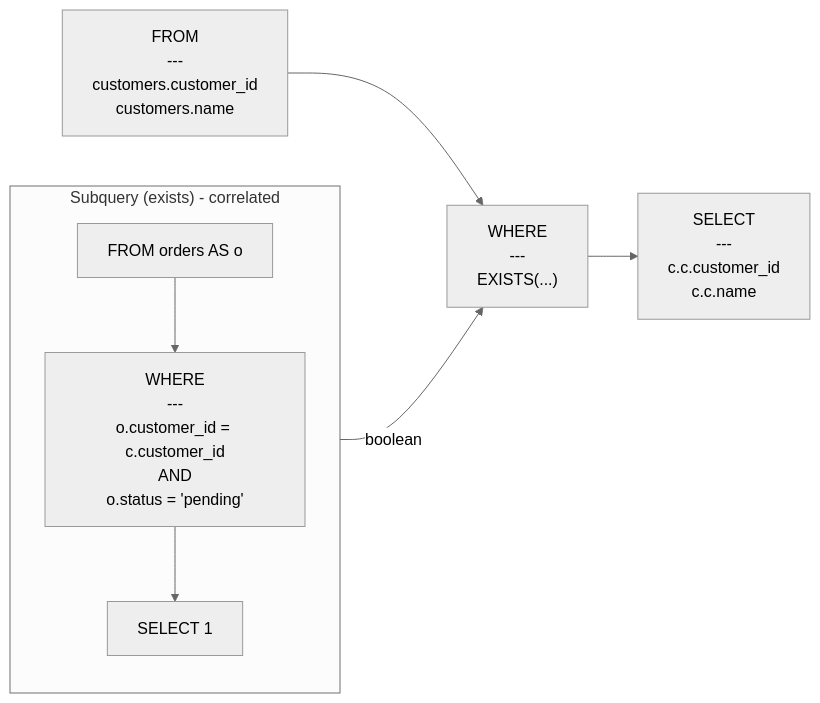
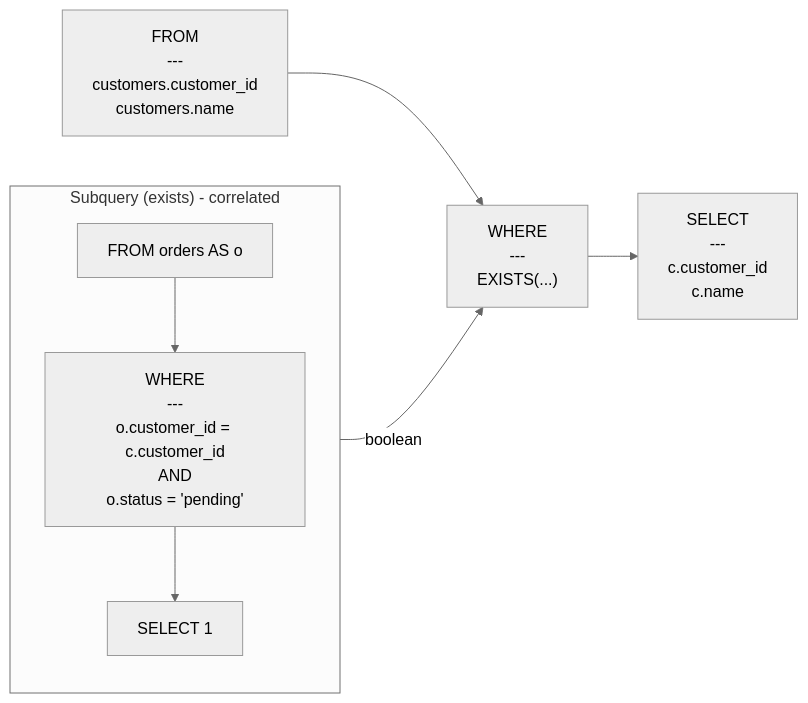
Before and after one commit to rot1024/sqloflow: the diagram in examples/subquery_exists.mmd, drawn with Mermaid (neutral theme). The commit also changed 13 other files, not shown here.

```diff
--- a/examples/subquery_exists.mmd
+++ b/examples/subquery_exists.mmd
@@ -1,15 +1,15 @@
 flowchart LR
     node_0["FROM<br/>---<br/>customers.customer_id<br/>customers.name"]
     node_1["WHERE<br/>---<br/>EXISTS(...)"]
     subgraph subquery_node_2 ["Subquery (exists) - correlated"]
         direction TB
         subq_0_node_0[FROM orders AS o]
         subq_0_node_1["WHERE<br/>---<br/>o.customer_id = c.customer_id<br/>AND<br/>o.status = 'pending'"]
         subq_0_node_2["SELECT 1"]
         subq_0_node_0 --> subq_0_node_1
         subq_0_node_1 --> subq_0_node_2
     end
     subq_0_node_2 -->|boolean| node_1
-    node_3["SELECT<br/>---<br/>c.c.customer_id<br/>c.c.name"]
+    node_3["SELECT<br/>---<br/>c.customer_id<br/>c.name"]
     node_0 --> node_1
     node_1 --> node_3
```
